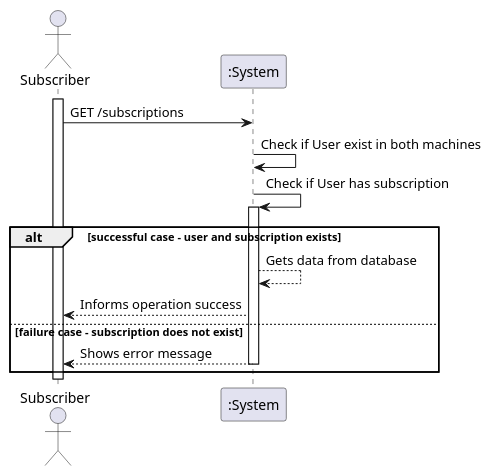
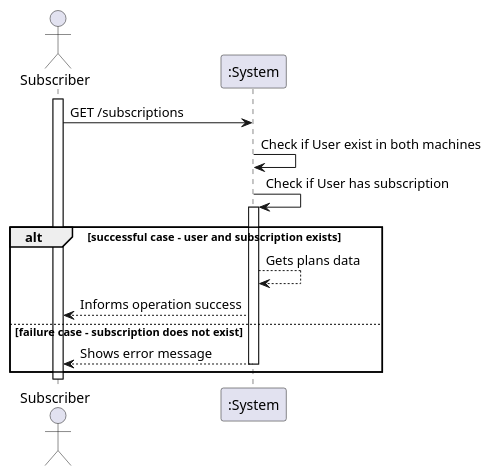
One commit to IsepMartimOliveira/SIDIS changed the diagram in docs_sidis/Subs/UC09 - GetSubs_PlanInfo/UC09-SSD.puml. Above: the diagram before and after it, drawn with PlantUML. The commit also changed 35 other files, not shown here.

```diff
--- a/docs_sidis/Subs/UC09 - GetSubs_PlanInfo/UC09-SSD.puml
+++ b/docs_sidis/Subs/UC09 - GetSubs_PlanInfo/UC09-SSD.puml
@@ -1,23 +1,23 @@
 @startuml
 'https://plantuml.com/sequence-diagram
 actor "Subscriber" as MD
 
 activate MD
 MD -> ":System" : GET /subscriptions
 ":System" -> ":System" : Check if User exist in both machines
 ":System" -> ":System" : Check if User has subscription
 
 alt successful case - user and subscription exists
 activate ":System"
-":System" --> ":System" : Gets data from database
+":System" --> ":System" : Gets plans data
 ":System" --> MD : Informs operation success
 
 
 else failure case - subscription does not exist
 
 ":System" --> MD : Shows error message
 deactivate ":System"
 
 end
 deactivate MD
 @enduml
```
